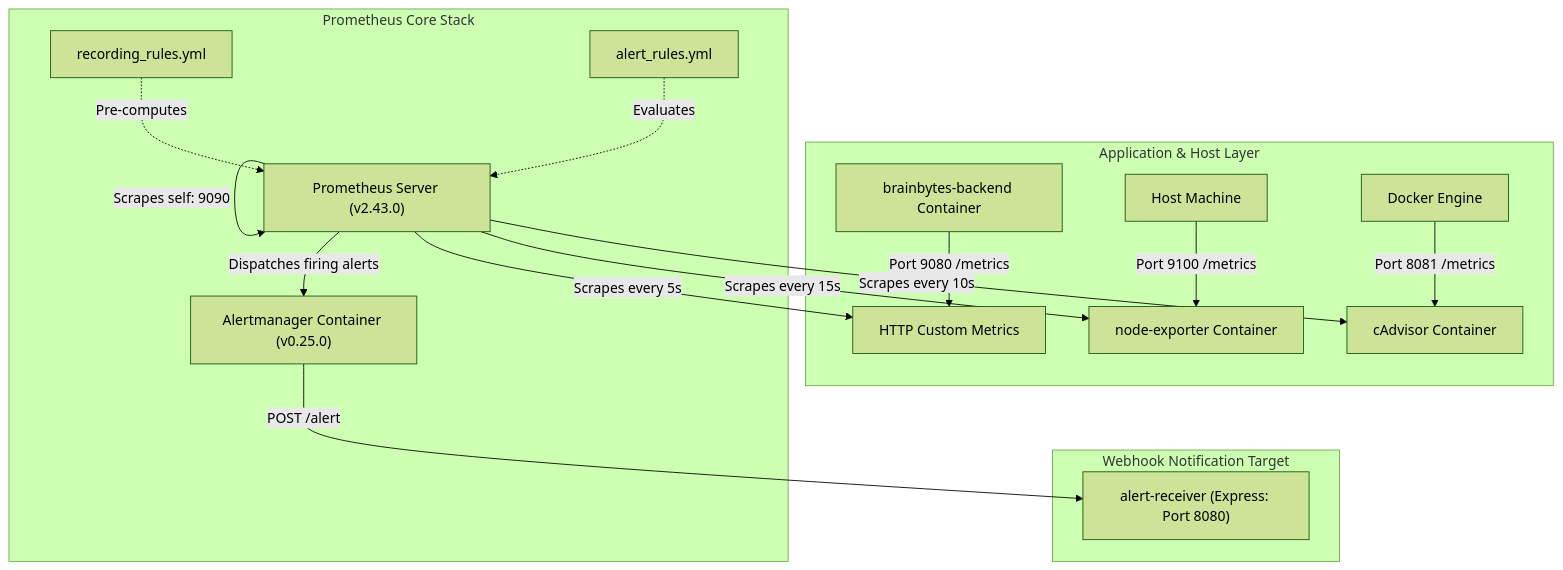
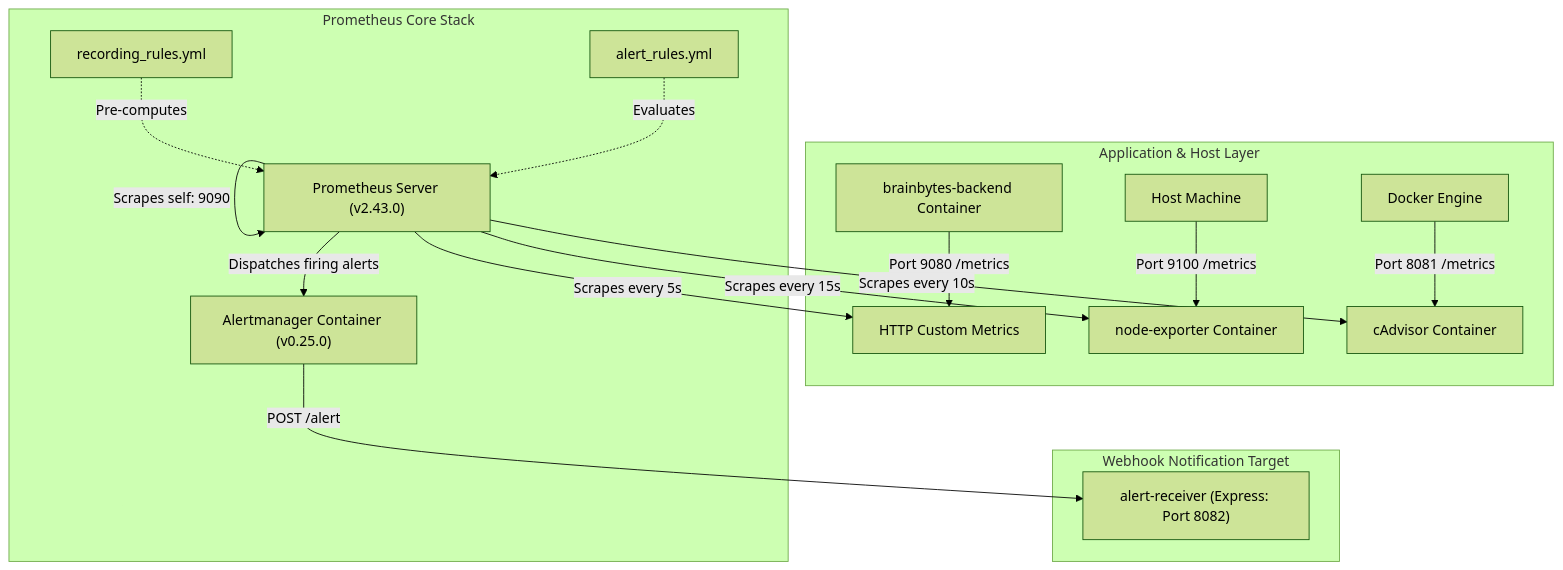
One commit to ShakiraCasusi/Brainbytes-AITutoring-Platform changed the diagram in monitoring-docs/architecture.md. Above: the diagram before and after it, drawn with Mermaid (forest theme). The commit also changed other lines of this file and 5 other files, not shown here.

Commit message:
feat: implement Alertmanager configuration, alert receiver service, and comprehensive monitoring documentation

````diff
--- a/monitoring-docs/architecture.md
+++ b/monitoring-docs/architecture.md
@@ -11,35 +11,35 @@
 ```mermaid
 graph TD
     %% Targets
     subgraph App_Containers ["Application & Host Layer"]
         BE["brainbytes-backend Container"] -->|Port 9080 /metrics| Scrape_BE["HTTP Custom Metrics"]
         Host["Host Machine"] -->|Port 9100 /metrics| Scrape_Node["node-exporter Container"]
         Docker_Daemon["Docker Engine"] -->|Port 8081 /metrics| Scrape_cAdvisor["cAdvisor Container"]
     end
     
     %% Monitoring Stack
     subgraph Monitoring_Stack ["Prometheus Core Stack"]
         Prometheus["Prometheus Server (v2.43.0)"]
         Alertmanager["Alertmanager Container (v0.25.0)"]
         
         %% Rules
         Record_Rules["recording_rules.yml"] -.->|Pre-computes| Prometheus
         Alert_Rules["alert_rules.yml"] -.->|Evaluates| Prometheus
     end
     
     %% Scrape actions
     Prometheus -->|Scrapes every 5s| Scrape_BE
     Prometheus -->|Scrapes every 15s| Scrape_Node
     Prometheus -->|Scrapes every 10s| Scrape_cAdvisor
     Prometheus -->|Scrapes self: 9090| Prometheus
     
     %% Alerts dispatch
     Prometheus -->|Dispatches firing alerts| Alertmanager
     
     %% Notifications
     subgraph Webhook_Logs ["Webhook Notification Target"]
-        Receiver["alert-receiver (Express: Port 8080)"]
+        Receiver["alert-receiver (Express: Port 8082)"]
     end
     
     Alertmanager -->|POST /alert| Receiver
 ```
````
